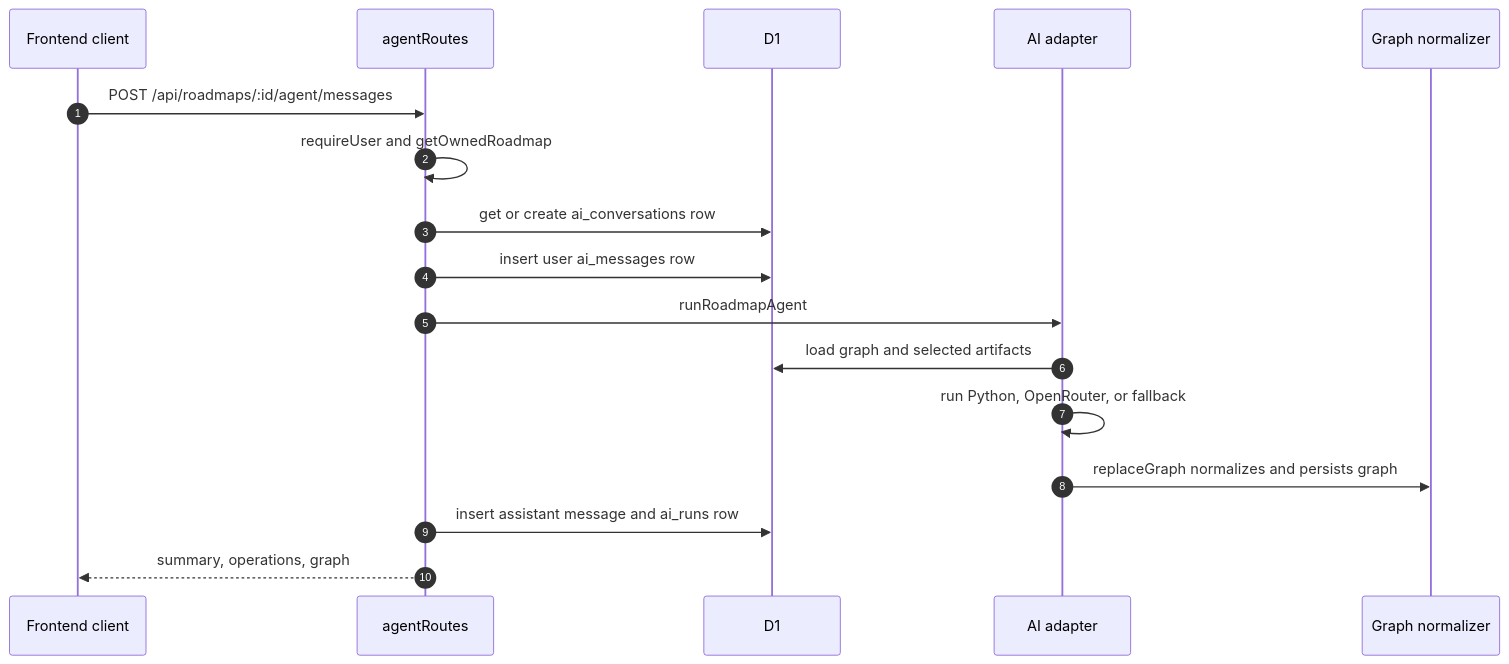
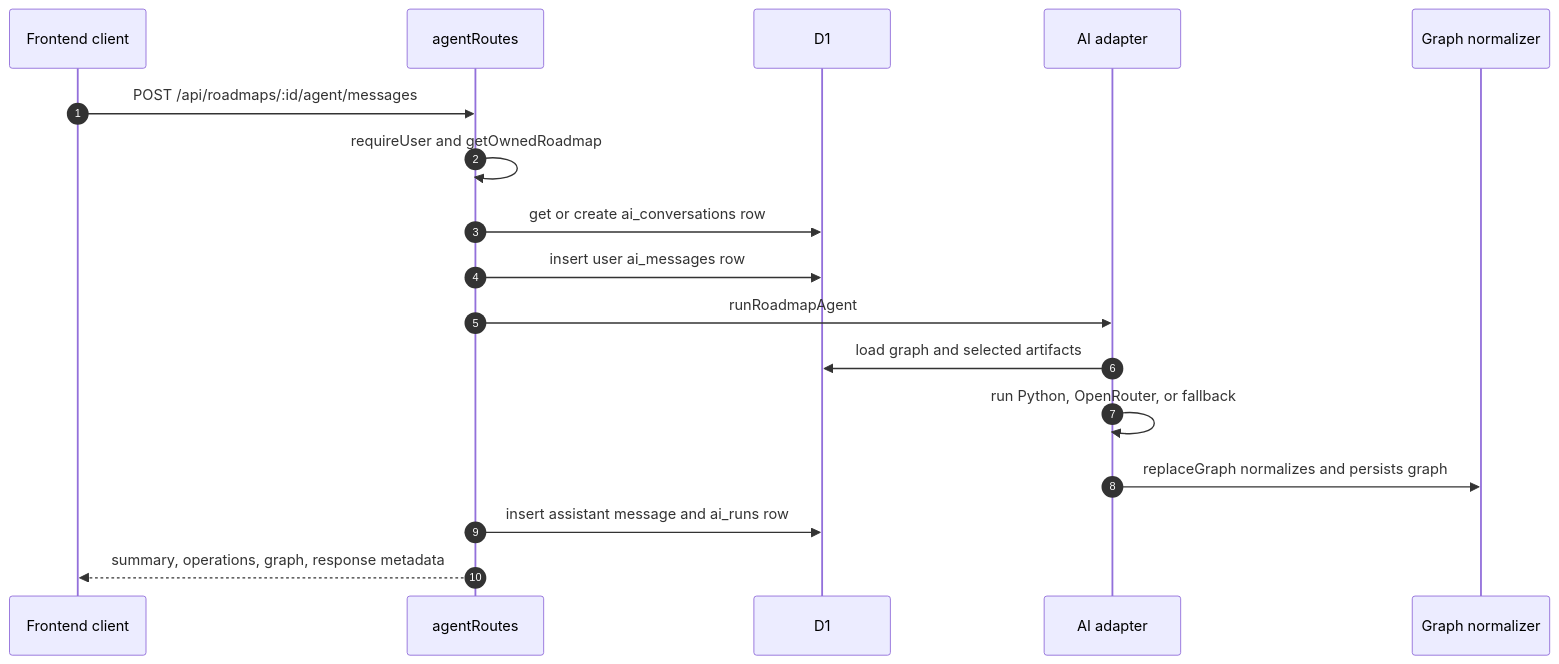
Before and after one commit to Yunseo-Lab/open-roadmap: the diagram in docs/ai-agent-and-service.md, drawn with Mermaid. The commit also changed other lines of this file and 2 other files, not shown here.

Commit message:
docs: document graph copilot architecture

````diff
--- a/docs/ai-agent-and-service.md
+++ b/docs/ai-agent-and-service.md
@@ -29,20 +32,20 @@
 ```mermaid
 sequenceDiagram
   autonumber
   participant Client as Frontend client
   participant Route as agentRoutes
   participant D1 as D1
   participant Adapter as AI adapter
   participant Graph as Graph normalizer
 
   Client->>Route: POST /api/roadmaps/:id/agent/messages
   Route->>Route: requireUser and getOwnedRoadmap
   Route->>D1: get or create ai_conversations row
   Route->>D1: insert user ai_messages row
   Route->>Adapter: runRoadmapAgent
   Adapter->>D1: load graph and selected artifacts
   Adapter->>Adapter: run Python, OpenRouter, or fallback
   Adapter->>Graph: replaceGraph normalizes and persists graph
   Route->>D1: insert assistant message and ai_runs row
-  Route-->>Client: summary, operations, graph
+  Route-->>Client: summary, operations, graph, response metadata
 ```
````
